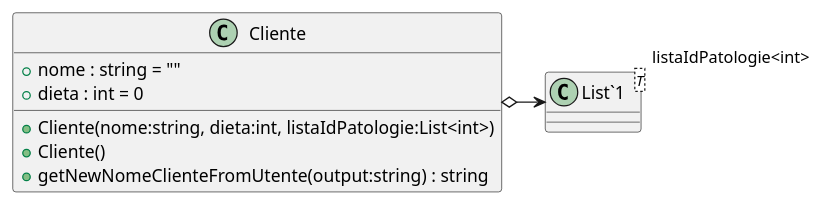
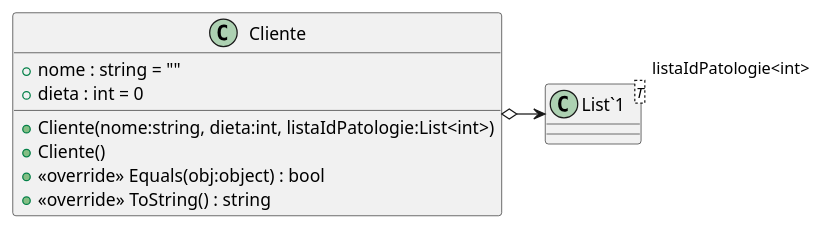
The diagram in doc/plantUml con associazioni/Cliente.puml (zSavT/Healthy-Catering), drawn with PlantUML before and after one commit. The commit also changed 26 other files, not shown here.

Commit message:
aggiornati uml (anche immagini)

```diff
--- a/doc/plantUml con associazioni/Cliente.puml
+++ b/doc/plantUml con associazioni/Cliente.puml
@@ -1,12 +1,13 @@
 @startuml
 class Cliente {
     + nome : string = ""
     + dieta : int = 0
     + Cliente(nome:string, dieta:int, listaIdPatologie:List<int>)
     + Cliente()
-    + getNewNomeClienteFromUtente(output:string) : string
+    + <<override>> Equals(obj:object) : bool
+    + <<override>> ToString() : string
 }
 class "List`1"<T> {
 }
 Cliente o-> "listaIdPatologie<int>" "List`1"
 @enduml
```
